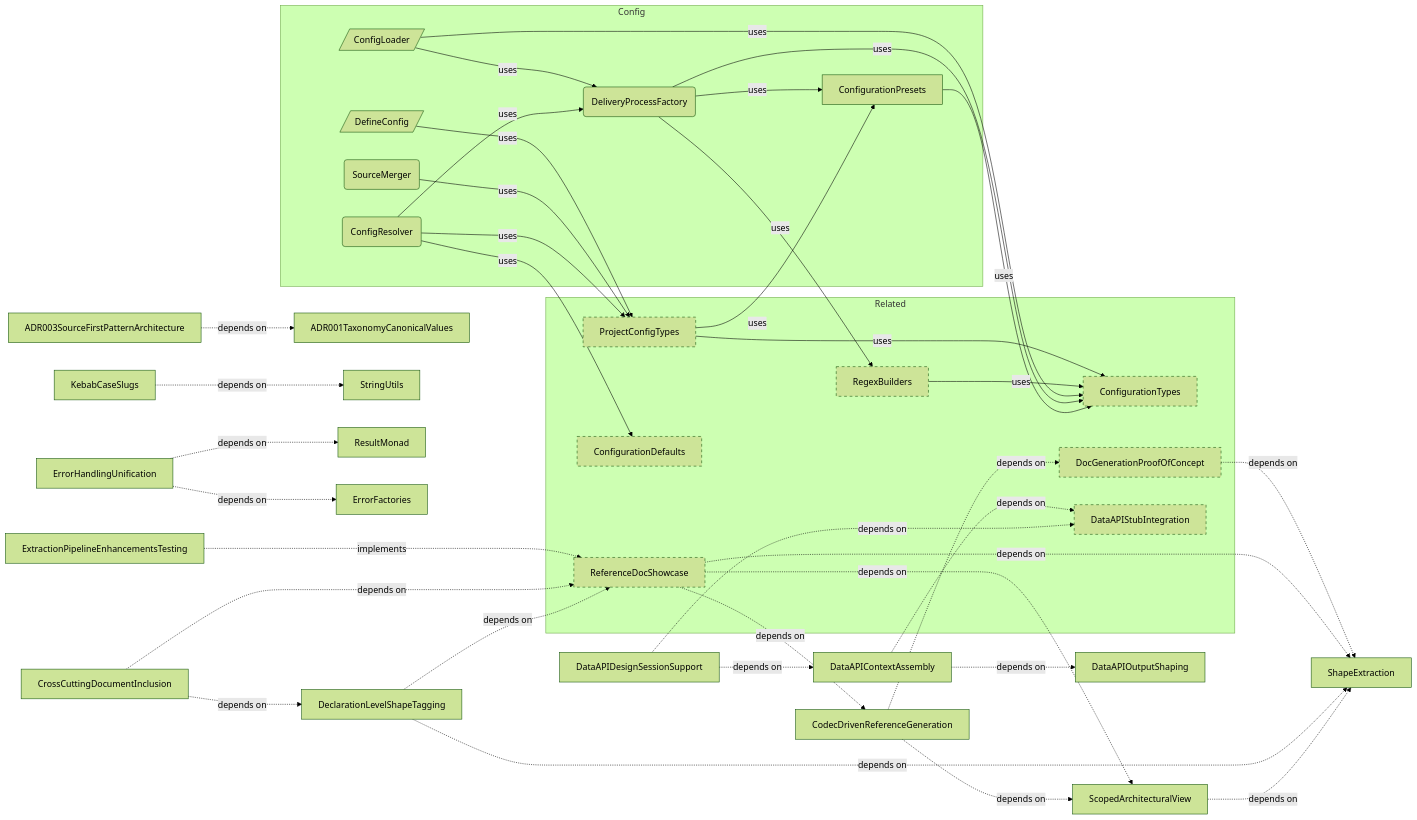
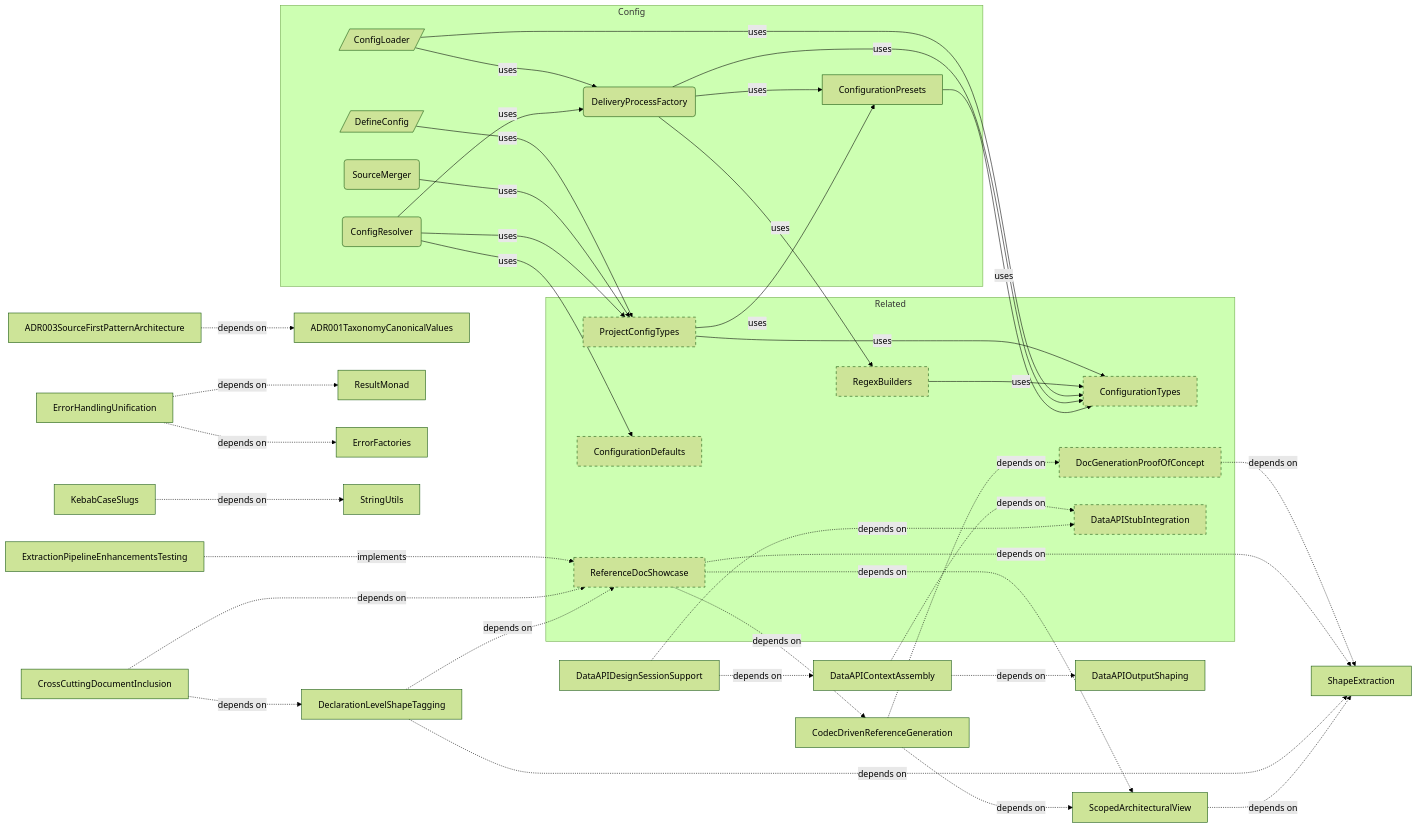
One commit to libar-dev/architect changed the second of 2 diagrams in docs-live/PRODUCT-AREAS.md. Above: the diagram before and after it, drawn with Mermaid (forest theme). The commit also changed other lines of this file and 13 other files, not shown here.

````diff
--- a/docs-live/PRODUCT-AREAS.md
+++ b/docs-live/PRODUCT-AREAS.md
@@ -175,71 +175,71 @@
 ```mermaid
 graph LR
     subgraph config["Config"]
         ConfigResolver("ConfigResolver")
         ConfigurationPresets["ConfigurationPresets"]
         SourceMerger("SourceMerger")
         DeliveryProcessFactory("DeliveryProcessFactory")
         DefineConfig[/"DefineConfig"/]
         ConfigLoader[/"ConfigLoader"/]
     end
     ShapeExtraction["ShapeExtraction"]
     ScopedArchitecturalView["ScopedArchitecturalView"]
     DeclarationLevelShapeTagging["DeclarationLevelShapeTagging"]
     DataAPIDesignSessionSupport["DataAPIDesignSessionSupport"]
     DataAPIOutputShaping["DataAPIOutputShaping"]
     DataAPIContextAssembly["DataAPIContextAssembly"]
     CrossCuttingDocumentInclusion["CrossCuttingDocumentInclusion"]
     CodecDrivenReferenceGeneration["CodecDrivenReferenceGeneration"]
     ADR003SourceFirstPatternArchitecture["ADR003SourceFirstPatternArchitecture"]
     ADR001TaxonomyCanonicalValues["ADR001TaxonomyCanonicalValues"]
+    ResultMonad["ResultMonad"]
+    ErrorFactories["ErrorFactories"]
     StringUtils["StringUtils"]
     ExtractionPipelineEnhancementsTesting["ExtractionPipelineEnhancementsTesting"]
-    ResultMonad["ResultMonad"]
-    ErrorFactories["ErrorFactories"]
     KebabCaseSlugs["KebabCaseSlugs"]
     ErrorHandlingUnification["ErrorHandlingUnification"]
     subgraph related["Related"]
         ConfigurationTypes["ConfigurationTypes"]:::neighbor
         RegexBuilders["RegexBuilders"]:::neighbor
         ProjectConfigTypes["ProjectConfigTypes"]:::neighbor
         ConfigurationDefaults["ConfigurationDefaults"]:::neighbor
         ReferenceDocShowcase["ReferenceDocShowcase"]:::neighbor
         DocGenerationProofOfConcept["DocGenerationProofOfConcept"]:::neighbor
         DataAPIStubIntegration["DataAPIStubIntegration"]:::neighbor
     end
     ConfigResolver -->|uses| ProjectConfigTypes
     ConfigResolver -->|uses| DeliveryProcessFactory
     ConfigResolver -->|uses| ConfigurationDefaults
     ConfigurationPresets -->|uses| ConfigurationTypes
     SourceMerger -->|uses| ProjectConfigTypes
     DeliveryProcessFactory -->|uses| ConfigurationTypes
     DeliveryProcessFactory -->|uses| ConfigurationPresets
     DeliveryProcessFactory -->|uses| RegexBuilders
     DefineConfig -->|uses| ProjectConfigTypes
     ConfigLoader -->|uses| DeliveryProcessFactory
     ConfigLoader -->|uses| ConfigurationTypes
     ScopedArchitecturalView -.->|depends on| ShapeExtraction
     DeclarationLevelShapeTagging -.->|depends on| ShapeExtraction
     DeclarationLevelShapeTagging -.->|depends on| ReferenceDocShowcase
     DataAPIDesignSessionSupport -.->|depends on| DataAPIContextAssembly
     DataAPIDesignSessionSupport -.->|depends on| DataAPIStubIntegration
     DataAPIContextAssembly -.->|depends on| DataAPIOutputShaping
     DataAPIContextAssembly -.->|depends on| DataAPIStubIntegration
     CrossCuttingDocumentInclusion -.->|depends on| DeclarationLevelShapeTagging
     CrossCuttingDocumentInclusion -.->|depends on| ReferenceDocShowcase
     CodecDrivenReferenceGeneration -.->|depends on| DocGenerationProofOfConcept
     CodecDrivenReferenceGeneration -.->|depends on| ScopedArchitecturalView
     ADR003SourceFirstPatternArchitecture -.->|depends on| ADR001TaxonomyCanonicalValues
     ExtractionPipelineEnhancementsTesting ..->|implements| ReferenceDocShowcase
     KebabCaseSlugs -.->|depends on| StringUtils
     ErrorHandlingUnification -.->|depends on| ResultMonad
     ErrorHandlingUnification -.->|depends on| ErrorFactories
     RegexBuilders -->|uses| ConfigurationTypes
     ProjectConfigTypes -->|uses| ConfigurationTypes
     ProjectConfigTypes -->|uses| ConfigurationPresets
     ReferenceDocShowcase -.->|depends on| CodecDrivenReferenceGeneration
     ReferenceDocShowcase -.->|depends on| ScopedArchitecturalView
     ReferenceDocShowcase -.->|depends on| ShapeExtraction
     DocGenerationProofOfConcept -.->|depends on| ShapeExtraction
     classDef neighbor stroke-dasharray: 5 5
 ```
````
